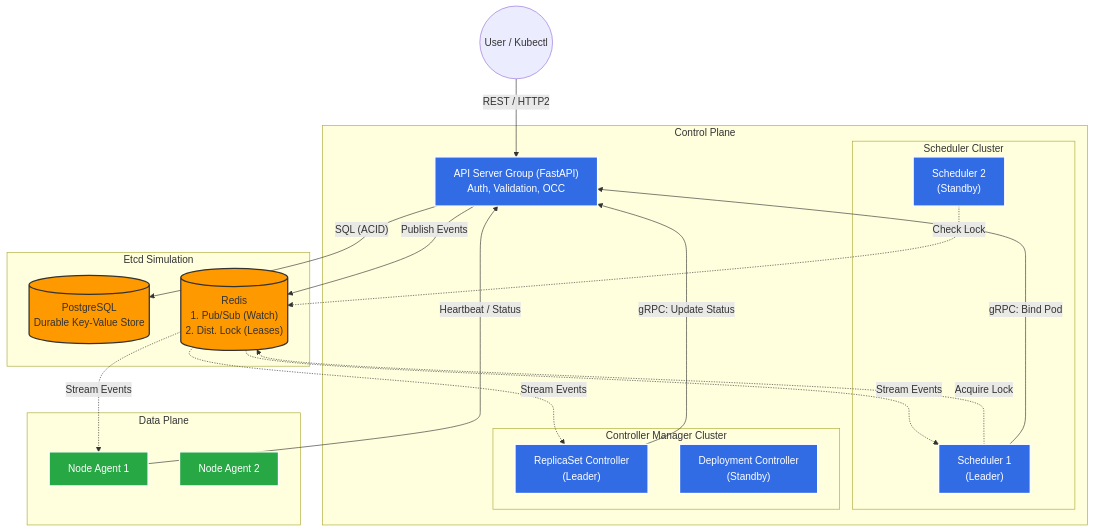
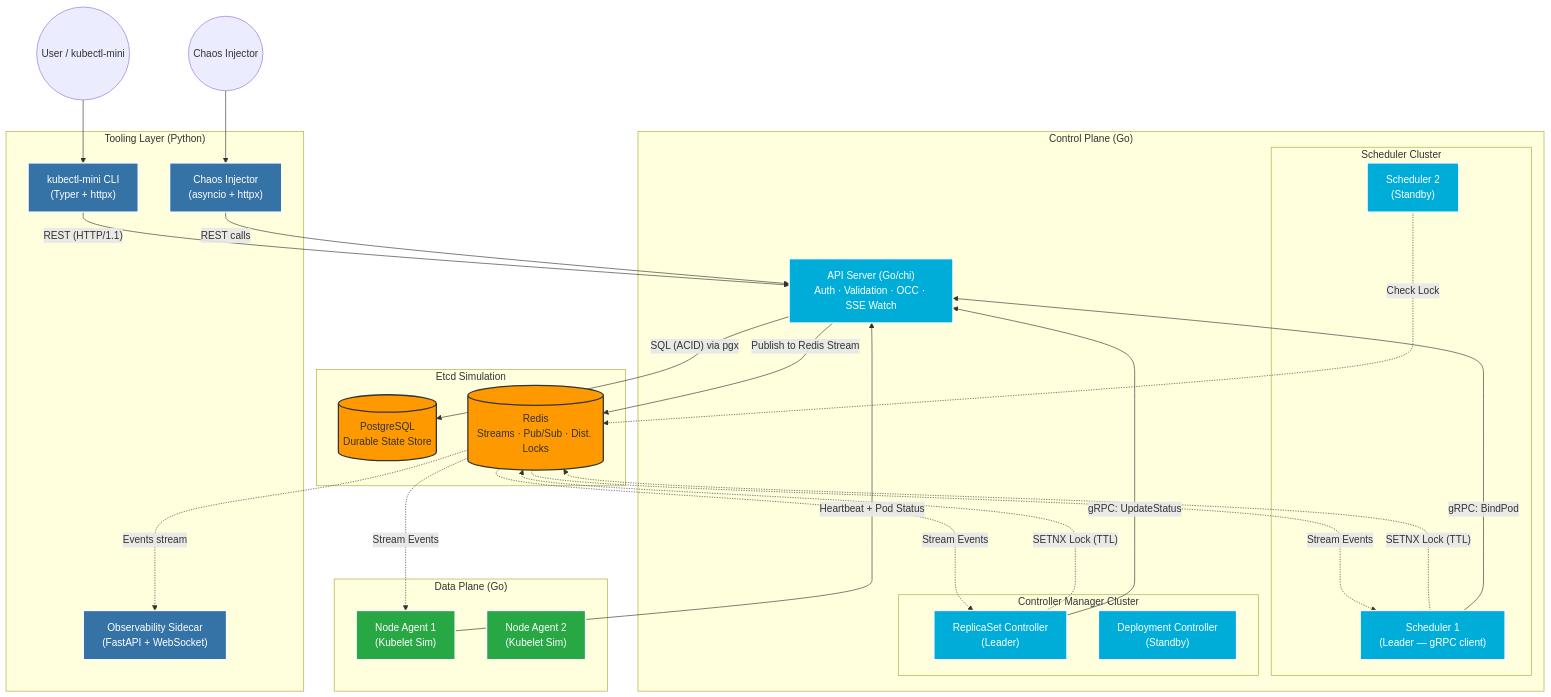
One commit to sidharthhhh/mini_k8s changed the diagram in ARCHITECTURE.md. Above: the diagram before and after it, drawn with Mermaid. The commit also changed other lines of this file and 1 other file, not shown here.

````diff
--- a/ARCHITECTURE.md
+++ b/ARCHITECTURE.md
@@ -13,62 +44,79 @@
 ```mermaid
 graph TD
     %% Actors
-    User((User / Kubectl))
-    
-    %% Core Components
-    subgraph Control_Plane [Control Plane]
-        API["API Server Group (FastAPI) <br/> Auth, Validation, OCC"]
-        
-        subgraph Sched_Group [Scheduler Cluster]
-            Sched1["Scheduler 1 <br/> (Leader)"]
-            Sched2["Scheduler 2 <br/> (Standby)"]
+    User((User / kubectl-mini))
+    Chaos((Chaos Injector))
+
+    %% Core Components (Go)
+    subgraph Control_Plane ["Control Plane (Go)"]
+        API["API Server (Go/chi)<br/>Auth · Validation · OCC · SSE Watch"]
+
+        subgraph Sched_Group ["Scheduler Cluster"]
+            Sched1["Scheduler 1<br/>(Leader — gRPC client)"]
+            Sched2["Scheduler 2<br/>(Standby)"]
         end
-        
-        subgraph CM_Group [Controller Manager Cluster]
-            CM1["ReplicaSet Controller <br/> (Leader)"]
-            CM2["Deployment Controller <br/> (Standby)"]
+
+        subgraph CM_Group ["Controller Manager Cluster"]
+            CM1["ReplicaSet Controller<br/>(Leader)"]
+            CM2["Deployment Controller<br/>(Standby)"]
         end
     end
 
-    %% Data Store Simulation
-    subgraph Data_Store [Etcd Simulation]
-        PG[("PostgreSQL <br/> Durable Key-Value Store")]
-        Redis[("Redis <br/> 1. Pub/Sub (Watch) <br/> 2. Dist. Lock (Leases)")]
+    %% Data Stores
+    subgraph Data_Store ["Etcd Simulation"]
+        PG[("PostgreSQL<br/>Durable State Store")]
+        Redis[("Redis<br/>Streams · Pub/Sub · Dist. Locks")]
     end
 
-    %% Worker Nodes
-    subgraph Worker_Nodes [Data Plane]
-        Node1["Node Agent 1"]
-        Node2["Node Agent 2"]
+    %% Worker Nodes (Go)
+    subgraph DataPlane ["Data Plane (Go)"]
+        Node1["Node Agent 1<br/>(Kubelet Sim)"]
+        Node2["Node Agent 2<br/>(Kubelet Sim)"]
     end
 
-    %% Interactions
-    User -->|"REST / HTTP2"| API
-    
+    %% Python Tooling Layer
+    subgraph Python_Layer ["Tooling Layer (Python)"]
+        CLI["kubectl-mini CLI<br/>(Typer + httpx)"]
+        Obs["Observability Sidecar<br/>(FastAPI + WebSocket)"]
+        ChaosEng["Chaos Injector<br/>(asyncio + httpx)"]
+    end
+
+    %% User flows
+    User --> CLI
+    CLI -->|"REST (HTTP/1.1)"| API
+    Chaos --> ChaosEng
+    ChaosEng -->|"REST calls"| API
+
     %% Storage
-    API -->|"SQL (ACID)"| PG
-    API -->|"Publish Events"| Redis
-    
-    %% Watch & Cache (The "Informer" Pattern)
-    Redis -.-> |"Stream Events"| Sched1
-    Redis -.-> |"Stream Events"| CM1
-    Redis -.-> |"Stream Events"| Node1
-    
+    API -->|"SQL (ACID) via pgx"| PG
+    API -->|"Publish to Redis Stream"| Redis
+
+    %% Watch Channel (SSE over HTTP)
+    Redis -..->|"Stream Events"| Sched1
+    Redis -..->|"Stream Events"| CM1
+    Redis -..->|"Stream Events"| Node1
+
     %% Leader Election
-    Sched1 -.-> |"Acquire Lock"| Redis
-    Sched2 -.-> |"Check Lock"| Redis
-    
-    %% Control Loops
-    Sched1 --> |"gRPC: Bind Pod"| API
-    CM1 --> |"gRPC: Update Status"| API
-    Node1 --> |"Heartbeat / Status"| API
+    Sched1 -..->|"SETNX Lock (TTL)"| Redis
+    Sched2 -..->|"Check Lock"| Redis
+    CM1 -..->|"SETNX Lock (TTL)"| Redis
+
+    %% Control loops write back to API
+    Sched1 -->|"gRPC: BindPod"| API
+    CM1 -->|"gRPC: UpdateStatus"| API
+    Node1 -->|"Heartbeat + Pod Status"| API
+
+    %% Observability reads from Redis
+    Redis -..->|"Events stream"| Obs
 
     %% Styling
-    classDef component fill:#326ce5,stroke:#fff,stroke-width:2px,color:white;
+    classDef goComp fill:#00add8,stroke:#fff,stroke-width:2px,color:white;
+    classDef pyComp fill:#3572a5,stroke:#fff,stroke-width:2px,color:white;
     classDef db fill:#ff9900,stroke:#333,stroke-width:2px;
     classDef worker fill:#28a745,stroke:#fff,stroke-width:2px,color:white;
-    
-    class API,Sched1,Sched2,CM1,CM2 component;
+
+    class API,Sched1,Sched2,CM1,CM2 goComp;
+    class CLI,Obs,ChaosEng pyComp;
     class PG,Redis db;
     class Node1,Node2 worker;
 ```
````
